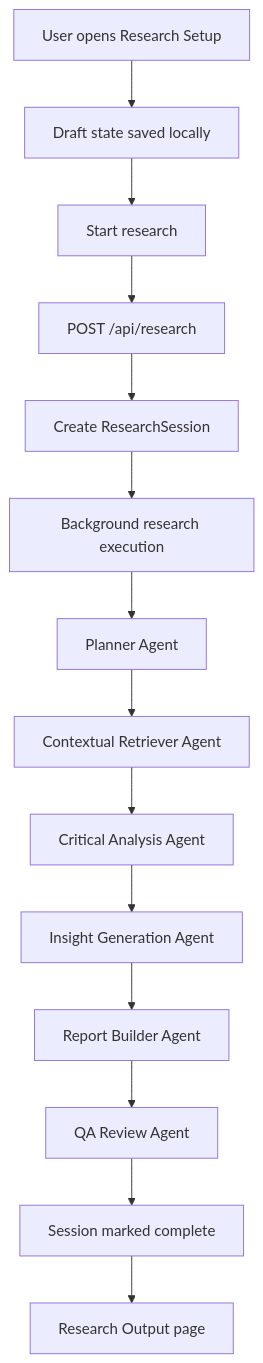
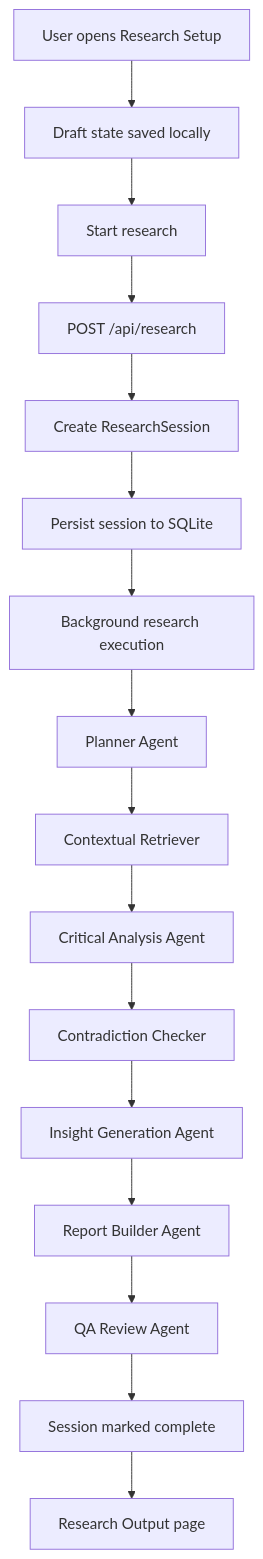
One commit to greenp8888/Submissions_C5 changed the first of 8 diagrams in Group_9/ai-hackathon/docs/WORKFLOW_DIAGRAMS.md. Above: the diagram before and after it, drawn with Mermaid. The commit also changed other lines of this file and 61 other files, not shown here.

````diff
--- a/Group_9/ai-hackathon/docs/WORKFLOW_DIAGRAMS.md
+++ b/Group_9/ai-hackathon/docs/WORKFLOW_DIAGRAMS.md
@@ -5,31 +5,35 @@
 ```mermaid
 flowchart TD
     Start[User opens Research Setup]
     Draft[Draft state saved locally]
     Submit[Start research]
     API[POST /api/research]
     Session[Create ResearchSession]
+    Persist[Persist session to SQLite]
     Run[Background research execution]
     Planner[Planner Agent]
-    Retriever[Contextual Retriever Agent]
+    Retriever[Contextual Retriever]
     Analysis[Critical Analysis Agent]
+    Contradiction[Contradiction Checker]
     Insight[Insight Generation Agent]
     Reporter[Report Builder Agent]
     QA[QA Review Agent]
     Complete[Session marked complete]
     Output[Research Output page]
 
     Start --> Draft
     Draft --> Submit
     Submit --> API
     API --> Session
-    Session --> Run
+    Session --> Persist
+    Persist --> Run
     Run --> Planner
     Planner --> Retriever
     Retriever --> Analysis
-    Analysis --> Insight
+    Analysis --> Contradiction
+    Contradiction --> Insight
     Insight --> Reporter
     Reporter --> QA
     QA --> Complete
     Complete --> Output
 ```
````
